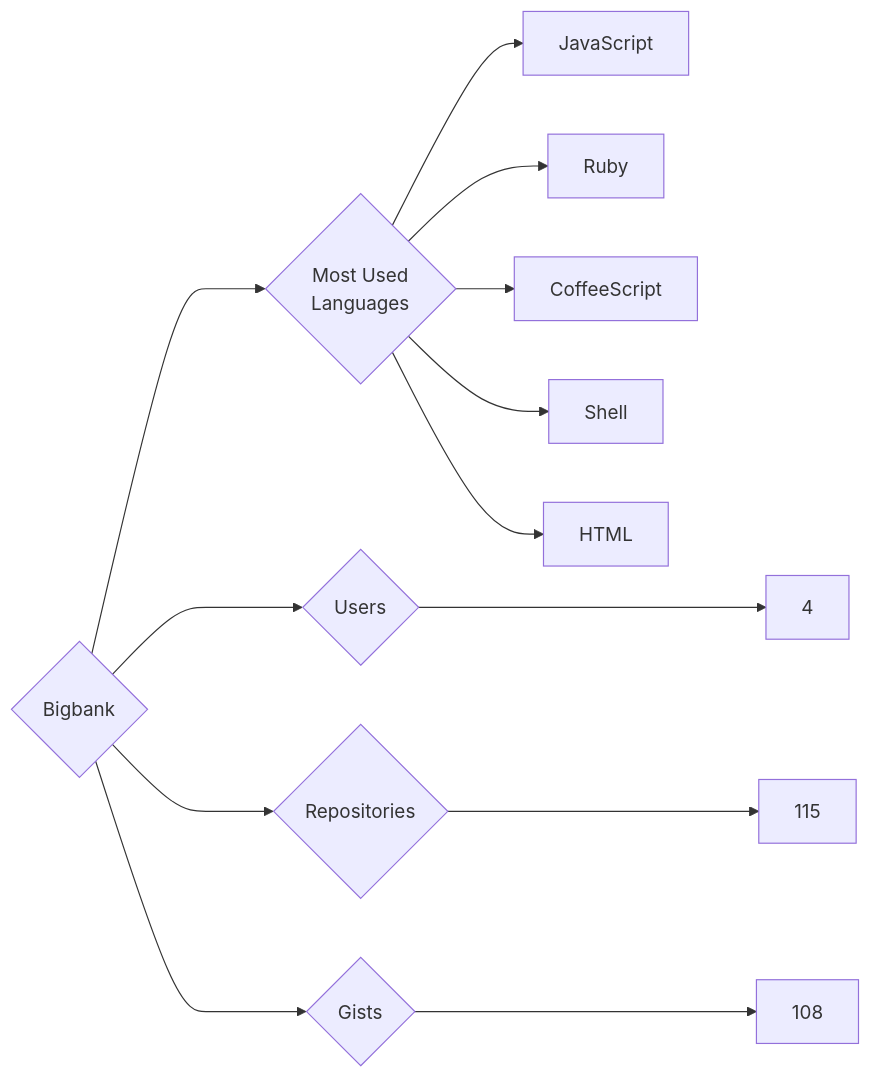
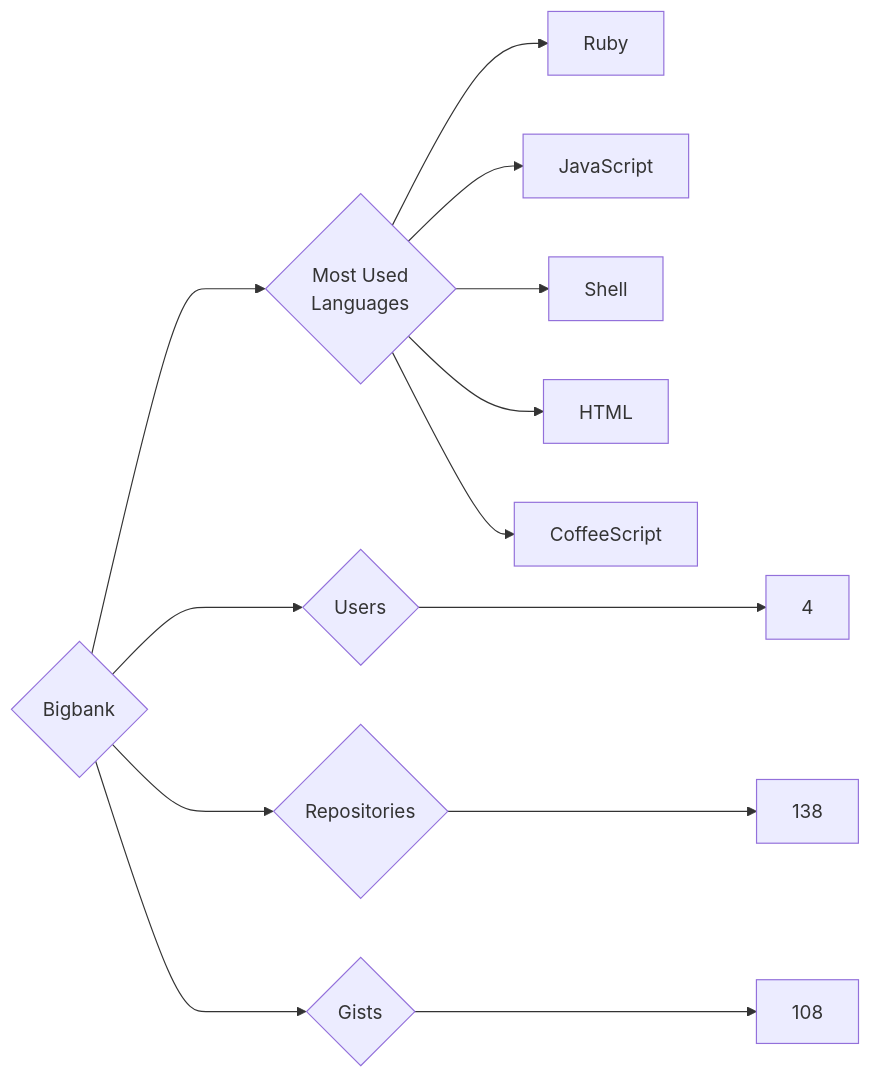
One commit to trickest/insiders changed the diagram in targets/Bigbank/README.md. Above: the diagram before and after it, drawn with Mermaid. The commit also changed 775 other files, not shown here.

````diff
--- a/targets/Bigbank/README.md
+++ b/targets/Bigbank/README.md
@@ -3,13 +3,13 @@
 ```mermaid
 graph LR
 COMPANY_NAME{Bigbank}
 COMPANY_NAME ---> U{Users} ---> UN[4]
-COMPANY_NAME ---> R{Repositories} ---> RN[115]
+COMPANY_NAME ---> R{Repositories} ---> RN[138]
 COMPANY_NAME ---> G{Gists} ---> GN[108]
 COMPANY_NAME ---> ML{Most Used<br>Languages}
+ML --> Ruby[Ruby]
 ML --> JavaScript[JavaScript]
-ML --> Ruby[Ruby]
-ML --> CoffeeScript[CoffeeScript]
 ML --> Shell[Shell]
 ML --> HTML[HTML]
+ML --> CoffeeScript[CoffeeScript]
 ```
````
